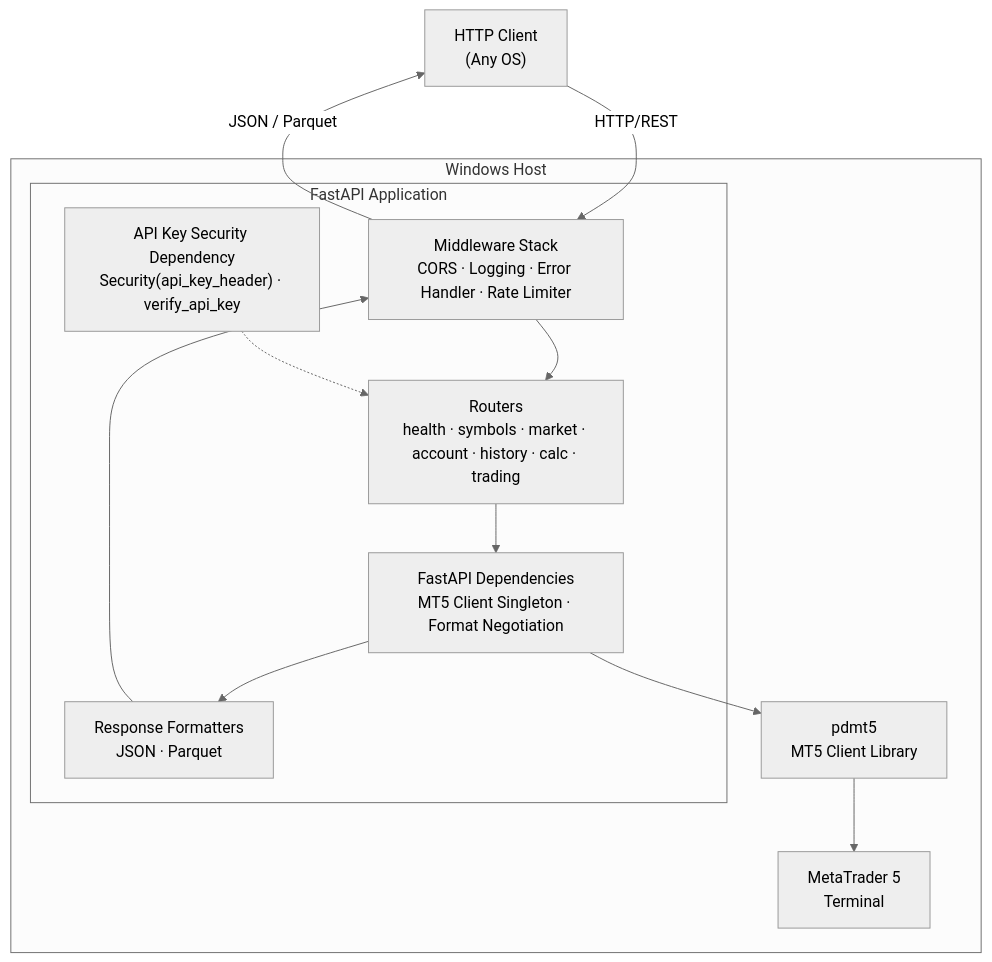
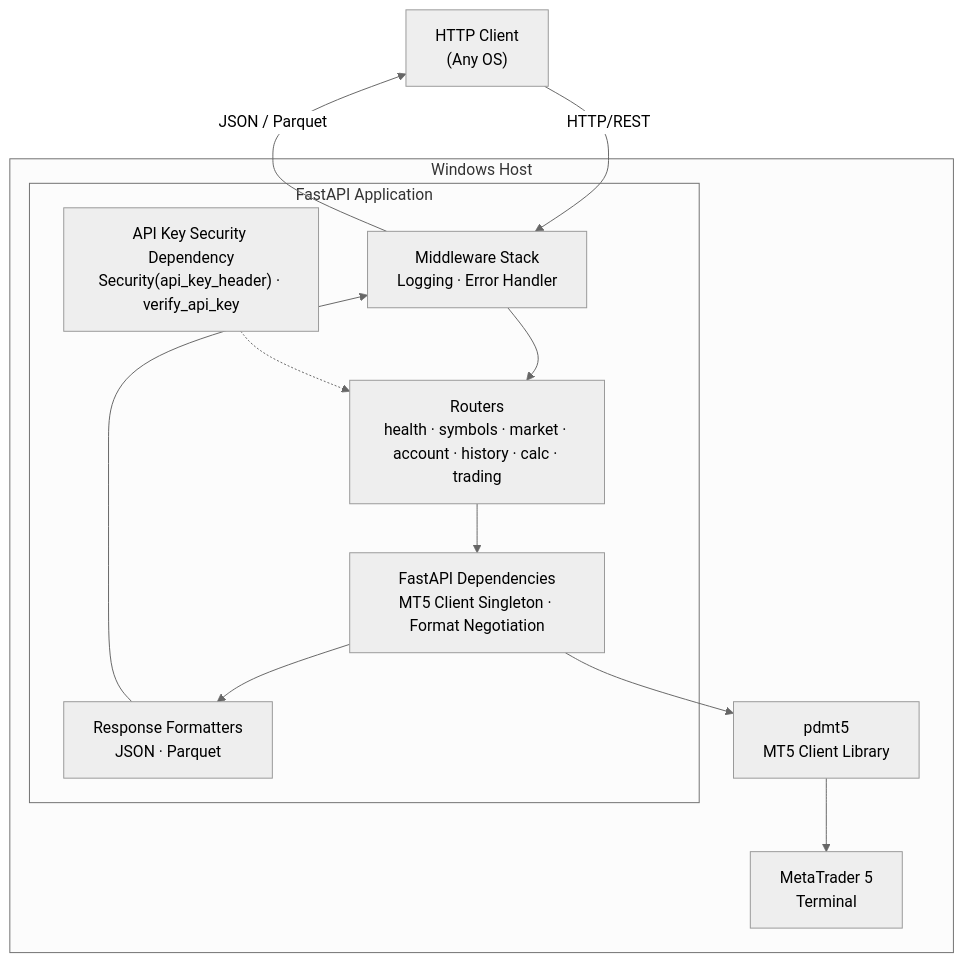
Before and after one commit to dceoy/mt5api: the diagram in README.md, drawn with Mermaid (neutral theme). The commit also changed other lines of this file and 2 other files, not shown here.

First line of the commit message:
Fix stale rate limiting and CORS references in docs

````diff
--- a/README.md
+++ b/README.md
@@ -19,23 +19,23 @@
 ```mermaid
 graph TB
     Client["HTTP Client<br/>(Any OS)"]
 
     subgraph "Windows Host"
         subgraph "FastAPI Application"
-            Middleware["Middleware Stack<br/>CORS · Logging · Error Handler · Rate Limiter"]
+            Middleware["Middleware Stack<br/>Logging · Error Handler"]
             Routers["Routers<br/>health · symbols · market · account · history · calc · trading"]
             Auth["API Key Security Dependency<br/>Security(api_key_header) · verify_api_key"]
             Deps["FastAPI Dependencies<br/>MT5 Client Singleton · Format Negotiation"]
             Formatters["Response Formatters<br/>JSON · Parquet"]
             Middleware --> Routers --> Deps --> Formatters
             Auth -.-> Routers
             Formatters --> Middleware
         end
 
         Deps --> pdmt5["pdmt5<br/>MT5 Client Library"]
         pdmt5 --> MT5["MetaTrader 5<br/>Terminal"]
     end
 
     Client -- "HTTP/REST" --> Middleware
     Middleware -- "JSON / Parquet" --> Client
 ```
````
